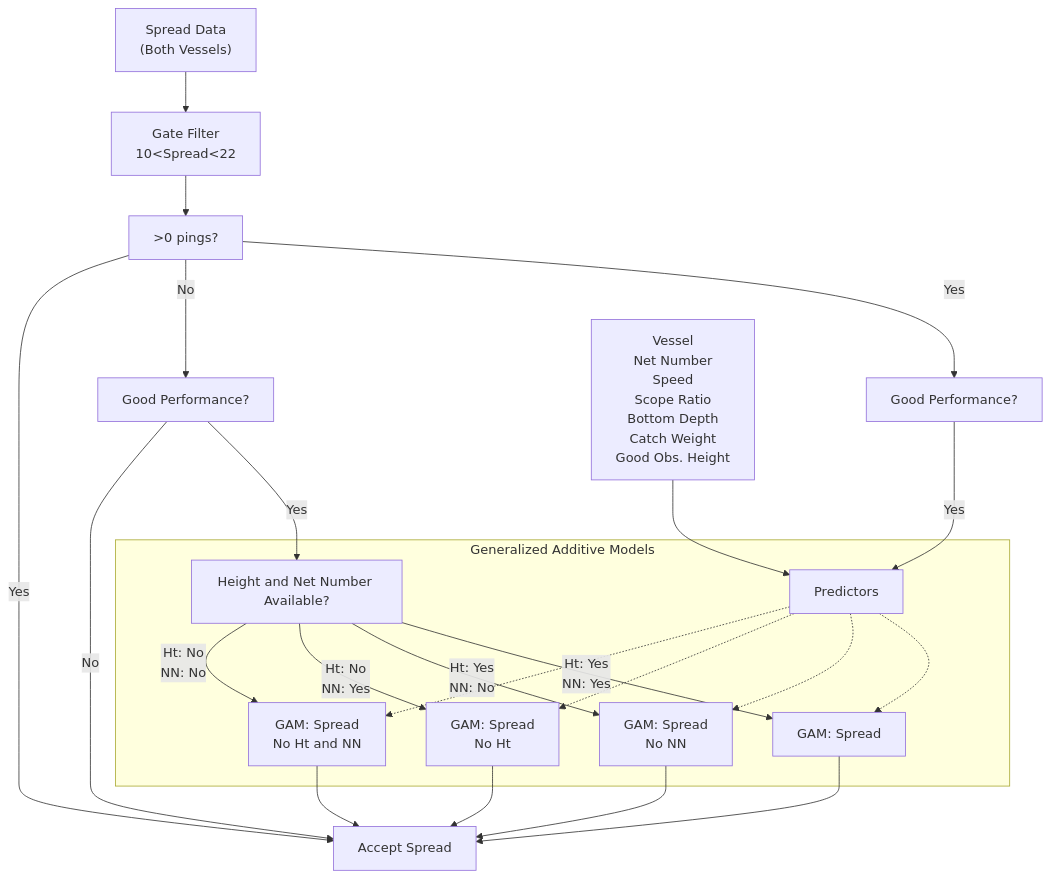
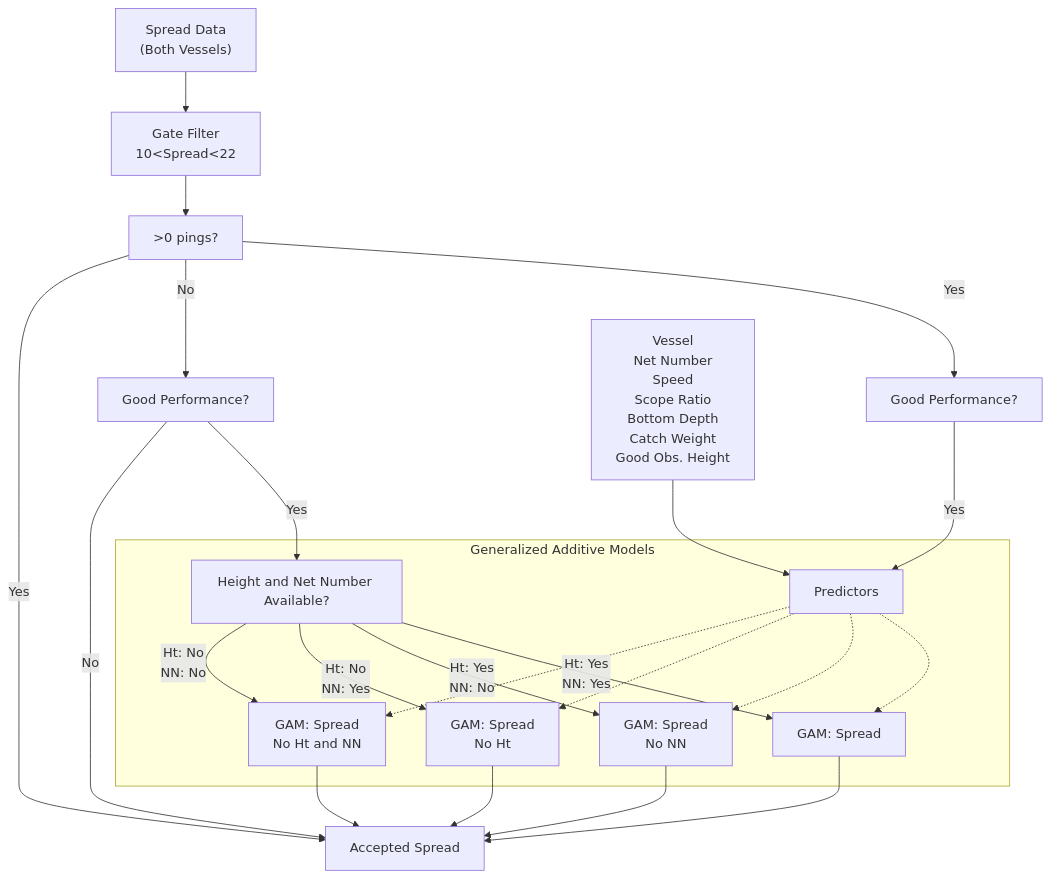
One commit to afsc-gap-products/trawlmetrics changed the second of 6 diagrams in assets/nm_flowchart.md. Above: the diagram before and after it, drawn with Mermaid. The commit also changed other lines of this file, not shown here.

````diff
--- a/assets/nm_flowchart.md
+++ b/assets/nm_flowchart.md
@@ -41,26 +41,26 @@
 ``` mermaid
 graph TD
     SA["Spread Data<br>(Both Vessels)"]-->SB["Gate Filter<br>10&lt;Spread&lt;22"]
     SB["Gate Filter<br>10&lt;Spread&lt;22"]-->SC["&gt;0 pings?"]
     SC["&gt;0 pings?"]-->|Yes| SS[Good Performance?]
     SC["&gt;0 pings?"]-->|No| SG[Good Performance?]
     SS[Good Performance?]-->|Yes| SU[Predictors]
-    SC["&gt;0 pings?"]-->|Yes| SF[Accept Spread]
+    SC["&gt;0 pings?"]-->|Yes| SF[Accepted Spread]
     SG[Good Performance?]-->|Yes| SJ[Height and Net Number Available?]
-    SG[Good Performance?]-->|No| SF[Accept Spread]
+    SG[Good Performance?]-->|No| SF[Accepted Spread]
     SD[Vessel<br>Net Number<br>Speed<br>Scope Ratio<br>Bottom Depth<br>Catch Weight<br>Good Obs. Height]-->SU[Predictors]
     subgraph Generalized Additive Models
       SU[Predictors]-.->SO[GAM: Spread]
       SU[Predictors]-.->SP[GAM: Spread<br>No NN]
       SU[Predictors]-.->SQ[GAM: Spread<br>No Ht]
       SU[Predictors]-.->SR[GAM: Spread<br>No Ht or NN]
       SJ[Height and Net Number Available?]-->|Ht: Yes<br>NN: Yes| SO[GAM: Spread]
       SJ[Height and Net Number Available?]-->|Ht: Yes<br>NN: No| SP[GAM: Spread<br>No NN]
       SJ[Height and Net Number Available?]-->|Ht: No<br>NN: Yes| SQ[GAM: Spread<br>No Ht]
       SJ[Height and Net Number Available?]-->|Ht: No<br>NN: No| SR[GAM: Spread<br>No Ht or NN]
     end
-    SO[GAM: Spread]-->SF[Accept Spread]
-    SP[GAM: Spread<br>No NN]-->SF[Accept Spread]
-    SQ[GAM: Spread<br>No Ht]-->SF[Accept Spread]
-    SR[GAM: Spread<br>No Ht and NN]-->SF[Accept Spread]
+    SO[GAM: Spread]-->SF[Accepted Spread]
+    SP[GAM: Spread<br>No NN]-->SF[Accepted Spread]
+    SQ[GAM: Spread<br>No Ht]-->SF[Accepted Spread]
+    SR[GAM: Spread<br>No Ht and NN]-->SF[Accepted Spread]
 ```
````
